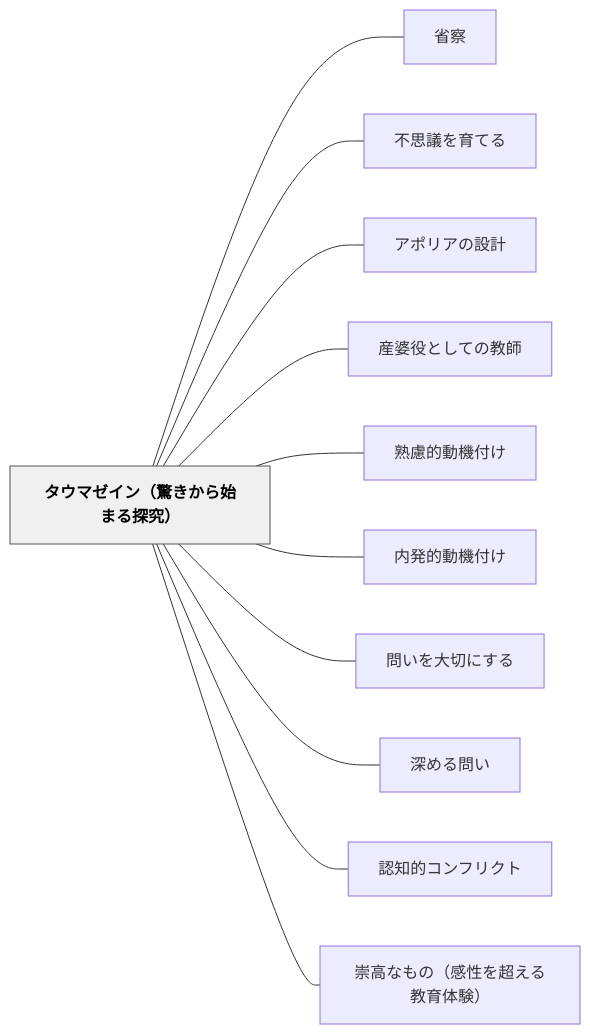
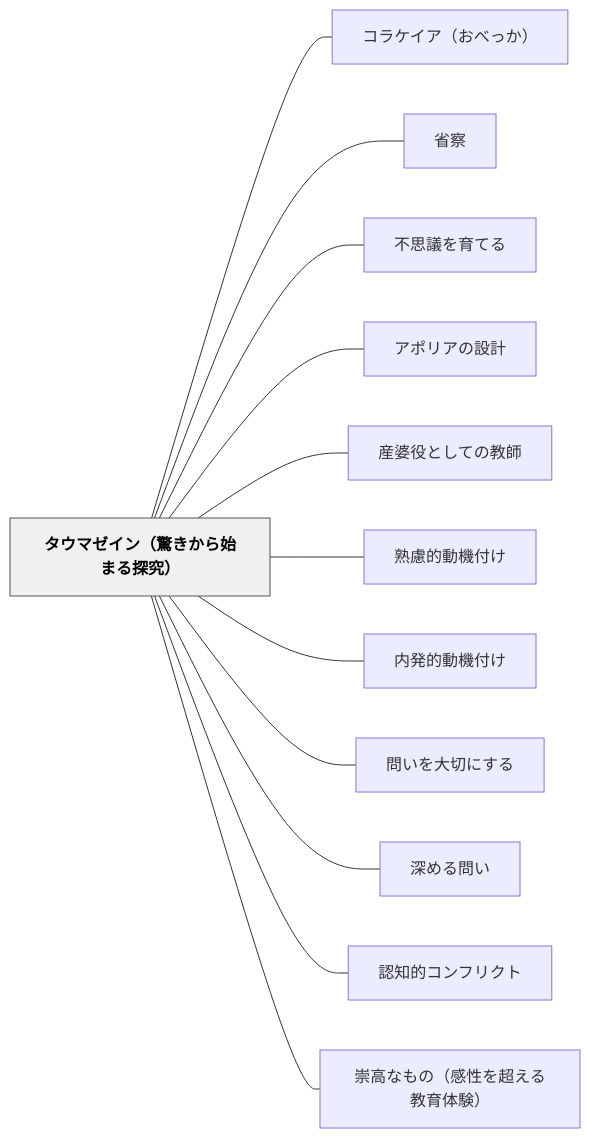
One commit to unknownthings-ed-patterns/unknownthings-ed-patterns changed the diagram in content/パタン/タウマゼイン（驚きから始まる探究）.md. Above: the diagram before and after it, drawn with Mermaid. The commit also changed other lines of this file and 16 other files, not shown here.

````diff
--- a/content/パタン/タウマゼイン（驚きから始まる探究）.md
+++ b/content/パタン/タウマゼイン（驚きから始まる探究）.md
@@ -115,28 +116,30 @@
 ```mermaid
 flowchart LR
     ne382bfe382a6e3839ee382bce382a4e383b3efbc88e9a99ae3818de3818be38289e5a78be381bee3828be68ea2e7a9b6efbc89["タウマゼイン（驚きから始まる探究）"]
+    ne382b3e383a9e382b1e382a4e382a2efbc88e3818ae381b9e381a3e3818befbc89["コラケイア（おべっか）"]
     ne79c81e5af9f["省察"]
     ne4b88de6809de8adb0e38292e882b2e381a6e3828b["不思議を育てる"]
     ne382a2e3839de383aae382a2e381aee8a8ade8a888["アポリアの設計"]
     ne794a3e5a986e5bdb9e381a8e38197e381a6e381aee69599e5b8ab["産婆役としての教師"]
     ne7869fe685aee79a84e58b95e6a99fe4bb98e38191["熟慮的動機付け"]
     ne58685e799bae79a84e58b95e6a99fe4bb98e38191["内発的動機付け"]
     ne5958fe38184e38292e5a4a7e58887e381abe38199e3828b["問いを大切にする"]
     ne6b7b1e38281e3828be5958fe38184["深める問い"]
     ne8aa8de79fa5e79a84e382b3e383b3e38395e383aae382afe38388["認知的コンフリクト"]
     ne5b487e9ab98e381aae38282e381aeefbc88e6849fe680a7e38292e8b685e38188e3828be69599e882b2e4bd93e9a893efbc89["崇高なもの（感性を超える教育体験）"]
 
+    ne382bfe382a6e3839ee382bce382a4e383b3efbc88e9a99ae3818de3818be38289e5a78be381bee3828be68ea2e7a9b6efbc89 --- ne382b3e383a9e382b1e382a4e382a2efbc88e3818ae381b9e381a3e3818befbc89
     ne382bfe382a6e3839ee382bce382a4e383b3efbc88e9a99ae3818de3818be38289e5a78be381bee3828be68ea2e7a9b6efbc89 --- ne79c81e5af9f
     ne382bfe382a6e3839ee382bce382a4e383b3efbc88e9a99ae3818de3818be38289e5a78be381bee3828be68ea2e7a9b6efbc89 --- ne4b88de6809de8adb0e38292e882b2e381a6e3828b
     ne382bfe382a6e3839ee382bce382a4e383b3efbc88e9a99ae3818de3818be38289e5a78be381bee3828be68ea2e7a9b6efbc89 --- ne382a2e3839de383aae382a2e381aee8a8ade8a888
     ne382bfe382a6e3839ee382bce382a4e383b3efbc88e9a99ae3818de3818be38289e5a78be381bee3828be68ea2e7a9b6efbc89 --- ne794a3e5a986e5bdb9e381a8e38197e381a6e381aee69599e5b8ab
     ne382bfe382a6e3839ee382bce382a4e383b3efbc88e9a99ae3818de3818be38289e5a78be381bee3828be68ea2e7a9b6efbc89 --- ne7869fe685aee79a84e58b95e6a99fe4bb98e38191
     ne382bfe382a6e3839ee382bce382a4e383b3efbc88e9a99ae3818de3818be38289e5a78be381bee3828be68ea2e7a9b6efbc89 --- ne58685e799bae79a84e58b95e6a99fe4bb98e38191
     ne382bfe382a6e3839ee382bce382a4e383b3efbc88e9a99ae3818de3818be38289e5a78be381bee3828be68ea2e7a9b6efbc89 --- ne5958fe38184e38292e5a4a7e58887e381abe38199e3828b
     ne382bfe382a6e3839ee382bce382a4e383b3efbc88e9a99ae3818de3818be38289e5a78be381bee3828be68ea2e7a9b6efbc89 --- ne6b7b1e38281e3828be5958fe38184
     ne382bfe382a6e3839ee382bce382a4e383b3efbc88e9a99ae3818de3818be38289e5a78be381bee3828be68ea2e7a9b6efbc89 --- ne8aa8de79fa5e79a84e382b3e383b3e38395e383aae382afe38388
     ne382bfe382a6e3839ee382bce382a4e383b3efbc88e9a99ae3818de3818be38289e5a78be381bee3828be68ea2e7a9b6efbc89 --- ne5b487e9ab98e381aae38282e381aeefbc88e6849fe680a7e38292e8b685e38188e3828be69599e882b2e4bd93e9a893efbc89
 
     classDef hub fill:#f0f0f0,stroke:#555,color:#000,font-weight:bold
     class ne382bfe382a6e3839ee382bce382a4e383b3efbc88e9a99ae3818de3818be38289e5a78be381bee3828be68ea2e7a9b6efbc89 hub
 ```
````
